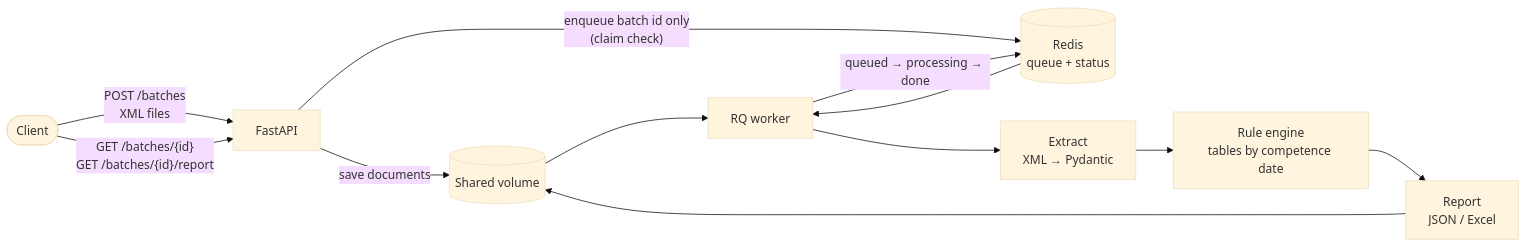
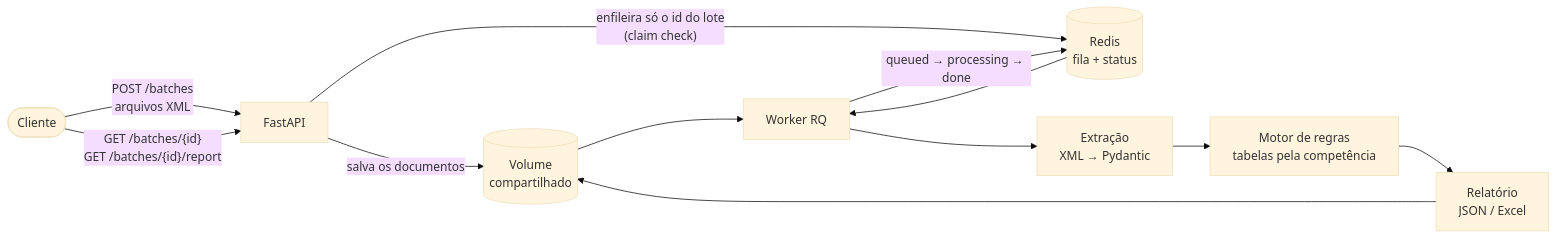
One commit to GuilhermeScarpini/nfse-audit-pipeline changed the diagram in README.md. Above: the diagram before and after it, drawn with Mermaid (base theme). The commit also changed other lines of this file, not shown here.

````diff
--- a/README.md
+++ b/README.md
@@ -21,14 +21,14 @@
 ```mermaid
 flowchart LR
-    client([Client]) -- "POST /batches<br/>XML files" --> api[FastAPI]
-    api -- "save documents" --> vol[(Shared volume)]
-    api -- "enqueue batch id only<br/>(claim check)" --> redis[(Redis<br/>queue + status)]
-    redis --> worker[RQ worker]
+    client([Cliente]) -- "POST /batches<br/>arquivos XML" --> api[FastAPI]
+    api -- "salva os documentos" --> vol[(Volume<br/>compartilhado)]
+    api -- "enfileira só o id do lote<br/>(claim check)" --> redis[(Redis<br/>fila + status)]
+    redis --> worker[Worker RQ]
     vol --> worker
-    worker --> extract[Extract<br/>XML → Pydantic]
-    extract --> rules[Rule engine<br/>tables by competence date]
-    rules --> report[Report<br/>JSON / Excel]
+    worker --> extract[Extração<br/>XML → Pydantic]
+    extract --> rules[Motor de regras<br/>tabelas pela competência]
+    rules --> report[Relatório<br/>JSON / Excel]
     report --> vol
     worker -- "queued → processing → done" --> redis
     client -- "GET /batches/{id}<br/>GET /batches/{id}/report" --> api
 ```
````
